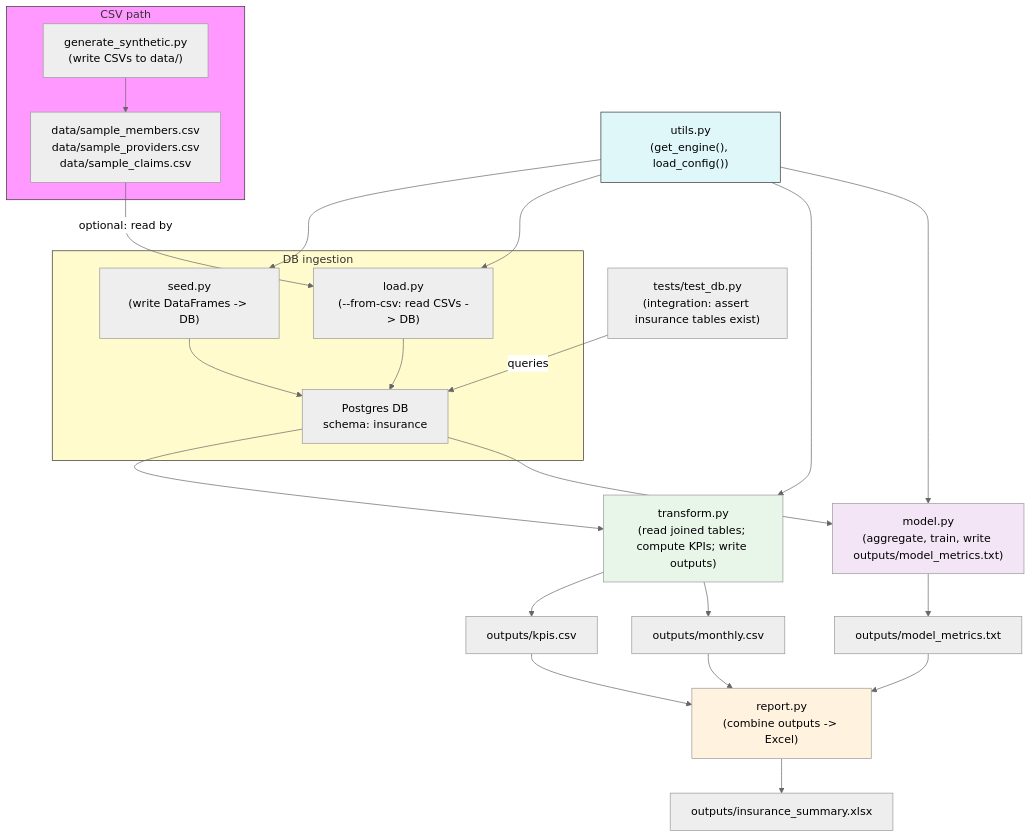
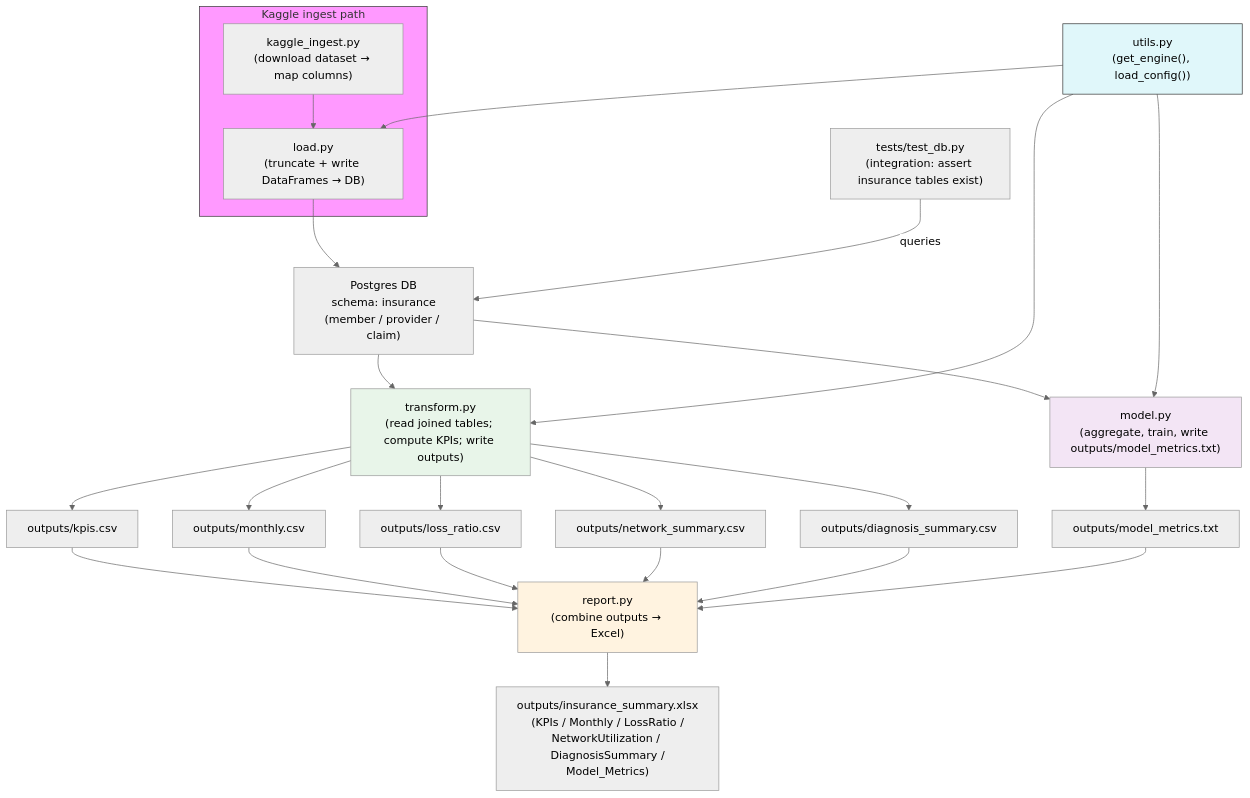
The diagram in docs/flow_diagram.md (sahithisarvepalli/insurance-analytics-project), drawn with Mermaid (neutral theme) before and after one commit. The commit also changed other lines of this file and 13 other files, not shown here.

````diff
--- a/docs/flow_diagram.md
+++ b/docs/flow_diagram.md
@@ -5,39 +5,38 @@
 ```mermaid
 flowchart TD
-  subgraph CSV_Path[CSV path]
-    GS["generate_synthetic.py\n(write CSVs to data/)"] --> CSVS["data/sample_members.csv\ndata/sample_providers.csv\ndata/sample_claims.csv"]
+  subgraph Kaggle_Path[Kaggle ingest path]
+    KI["kaggle_ingest.py\n(download dataset → map columns)"] --> LD["load.py\n(truncate + write DataFrames → DB)"]
   end
 
-  subgraph DB_Path[DB ingestion]
-    SD["seed.py\n(write DataFrames -> DB)"] --> DB["Postgres DB\nschema: insurance"]
-    LD["load.py\n(--from-csv: read CSVs -> DB)"] --> DB
-  end
+  LD --> DB["Postgres DB\nschema: insurance\n(member / provider / claim)"]
 
-  CSVS -->|optional: read by| LD
-
-  utils["utils.py\n(get_engine(), load_config())"] --> SD
-  utils --> LD
+  utils["utils.py\n(get_engine(), load_config())"] --> LD
   utils --> TR["transform.py\n(read joined tables; compute KPIs; write outputs)"]
   utils --> MO["model.py\n(aggregate, train, write outputs/model_metrics.txt)"]
 
   DB --> TR
   TR --> OUT1["outputs/kpis.csv"]
   TR --> OUT2["outputs/monthly.csv"]
+  TR --> OUT3["outputs/loss_ratio.csv"]
+  TR --> OUT4["outputs/network_summary.csv"]
+  TR --> OUT5["outputs/diagnosis_summary.csv"]
 
   DB --> MO
-  MO --> OUT3["outputs/model_metrics.txt"]
+  MO --> OUT6["outputs/model_metrics.txt"]
 
-  OUT1 --> RP["report.py\n(combine outputs -> Excel)"]
+  OUT1 --> RP["report.py\n(combine outputs → Excel)"]
   OUT2 --> RP
   OUT3 --> RP
-  RP --> EXC["outputs/insurance_summary.xlsx"]
+  OUT4 --> RP
+  OUT5 --> RP
+  OUT6 --> RP
+  RP --> EXC["outputs/insurance_summary.xlsx\n(KPIs / Monthly / LossRatio /\nNetworkUtilization / DiagnosisSummary /\nModel_Metrics)"]
 
   TESTS["tests/test_db.py\n(integration: assert insurance tables exist)"] -->|queries| DB
 
-  style CSV_Path fill:#f9f,stroke:#333,stroke-width:1px
-  style DB_Path fill:#fffbcc,stroke:#333,stroke-width:1px
+  style Kaggle_Path fill:#f9f,stroke:#333,stroke-width:1px
   style utils fill:#e0f7fa,stroke:#333
   style TR fill:#e8f5e9
   style MO fill:#f3e5f5
   style RP fill:#fff3e0
 ```
````
